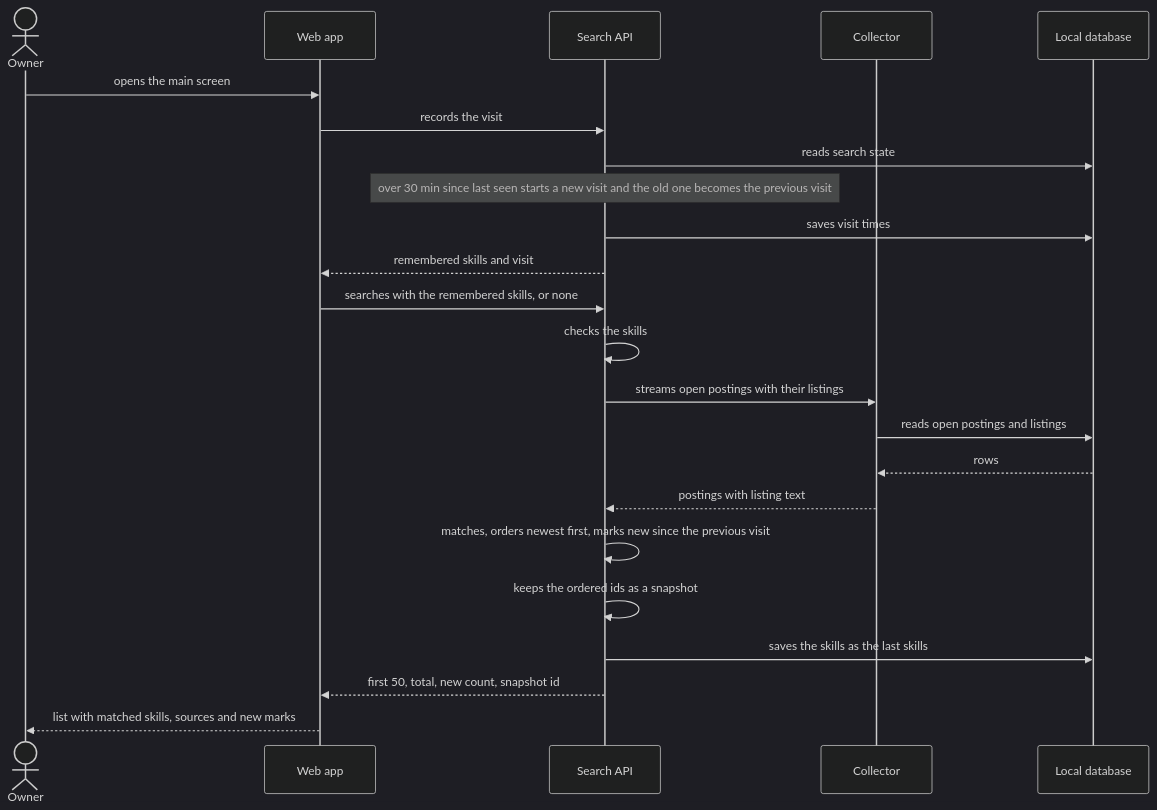
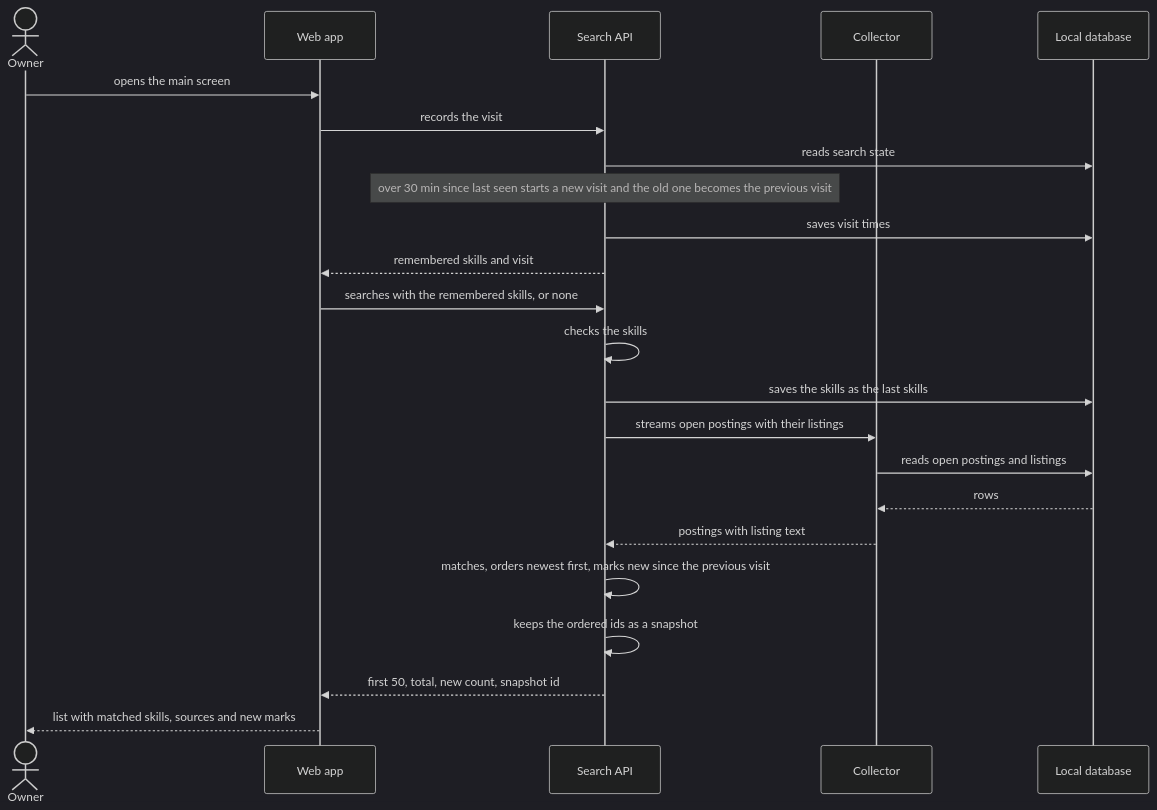
Before and after one commit to DeveloperFromUkraine/job-radar: the third of 4 diagrams in docs/features/search-postings/sad.md, drawn with Mermaid (dark theme). The commit also changed other lines of this file and 2 other files, not shown here.

First line of the commit message:
design: search-postings finalization (critic pass)

````diff
--- a/docs/features/search-postings/sad.md
+++ b/docs/features/search-postings/sad.md
@@ -168,26 +170,26 @@
 ```mermaid
 sequenceDiagram
     actor Owner
     participant Web as Web app
     participant Search as Search API
     participant Collector
     participant DB as Local database
 
     Owner->>Web: opens the main screen
     Web->>Search: records the visit
     Search->>DB: reads search state
     Note over Search: over 30 min since last seen starts a new visit and the old one becomes the previous visit
     Search->>DB: saves visit times
     Search-->>Web: remembered skills and visit
     Web->>Search: searches with the remembered skills, or none
     Search->>Search: checks the skills
+    Search->>DB: saves the skills as the last skills
     Search->>Collector: streams open postings with their listings
     Collector->>DB: reads open postings and listings
     DB-->>Collector: rows
     Collector-->>Search: postings with listing text
     Search->>Search: matches, orders newest first, marks new since the previous visit
     Search->>Search: keeps the ordered ids as a snapshot
-    Search->>DB: saves the skills as the last skills
     Search-->>Web: first 50, total, new count, snapshot id
     Web-->>Owner: list with matched skills, sources and new marks
 ```
````
